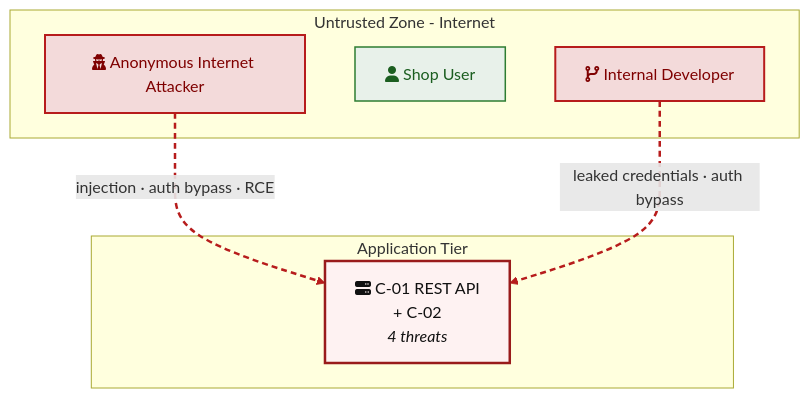
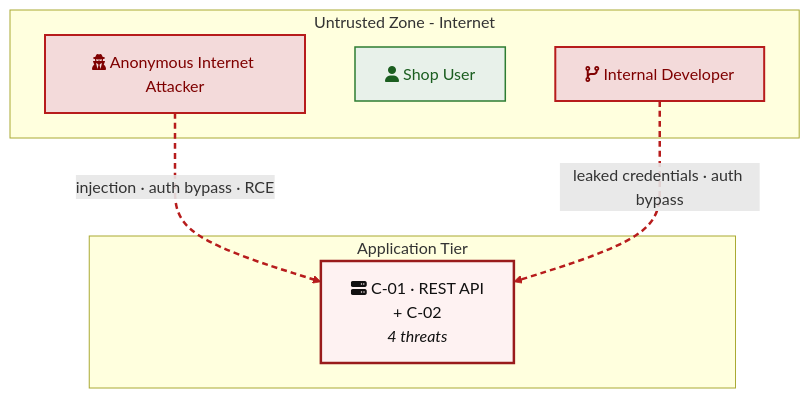
The fourth of 11 diagrams in tests/fixtures/e2e/golden/threat-model.md (appsec-foundry/appsec-analyzer), drawn with Mermaid before and after one commit. The commit also changed 6 other files, not shown here.

````diff
--- a/tests/fixtures/e2e/golden/threat-model.md
+++ b/tests/fixtures/e2e/golden/threat-model.md
@@ -238,19 +237,19 @@
 ```mermaid
 flowchart TD
     subgraph EXT["Untrusted Zone - Internet"]
         INTERNET_ANON["fa:fa-user-secret Anonymous Internet Attacker"]:::threat
         VICTIM_REQUIRED["fa:fa-user Shop User"]:::legit
         REPO_READ["fa:fa-code-branch Internal Developer"]:::threat
     end
     subgraph APP["Application Tier"]
-        c_01["fa:fa-server C-01 REST API<br/>+ C-02<br/><i>4 threats</i>"]:::risk
+        c_01["fa:fa-server C-01 · REST API<br/>+ C-02<br/><i>4 threats</i>"]:::risk
     end
     INTERNET_ANON -.->|"injection · auth bypass · RCE"| c_01
     REPO_READ -.->|"leaked credentials · auth bypass"| c_01
 
     classDef legit fill:#e8f1ea,stroke:#2e7d32,color:#1b5e20,stroke-width:1.5px
     classDef threat fill:#f3dada,stroke:#b71c1c,color:#7f0000,stroke-width:2px
     classDef external fill:#f2f2f2,stroke:#424242,color:#212121,stroke-width:1.5px
     classDef risk fill:#fef2f2,stroke:#991b1b,color:#111,stroke-width:2.5px
     linkStyle 0,1 stroke:#b71c1c,stroke-width:2.5px,stroke-dasharray:6 4
 ```
````
